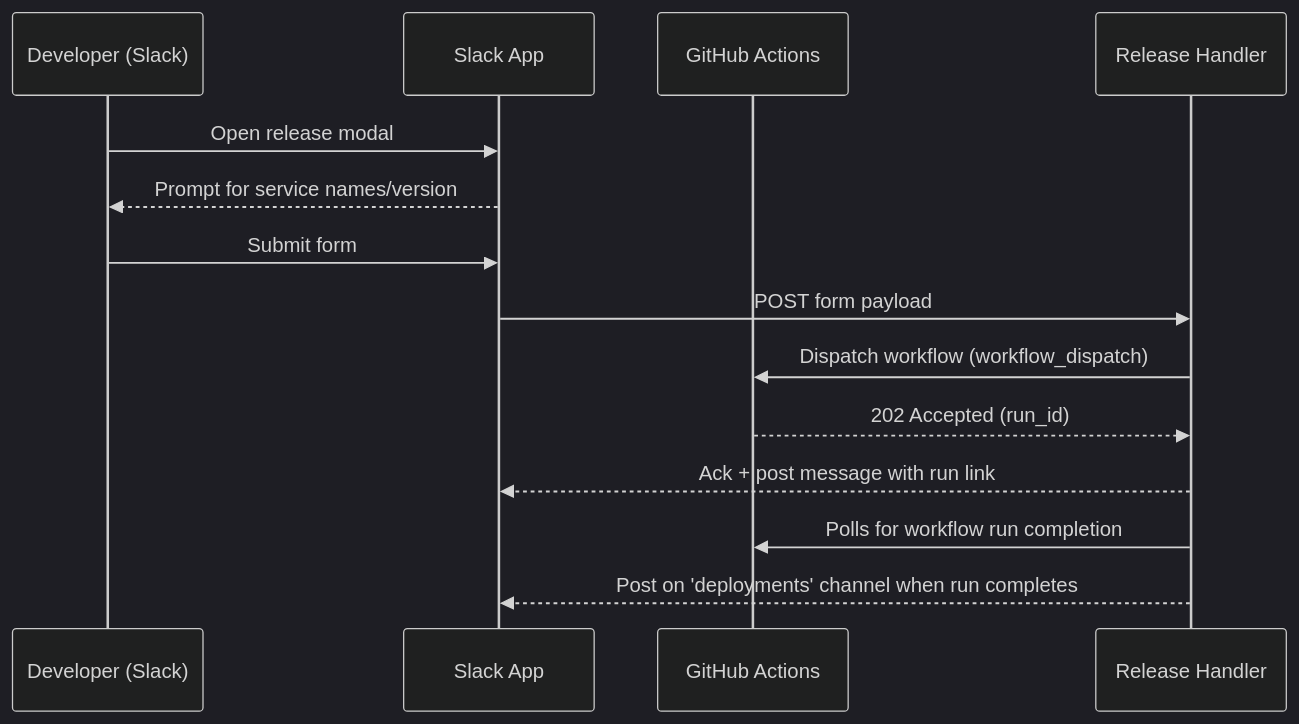
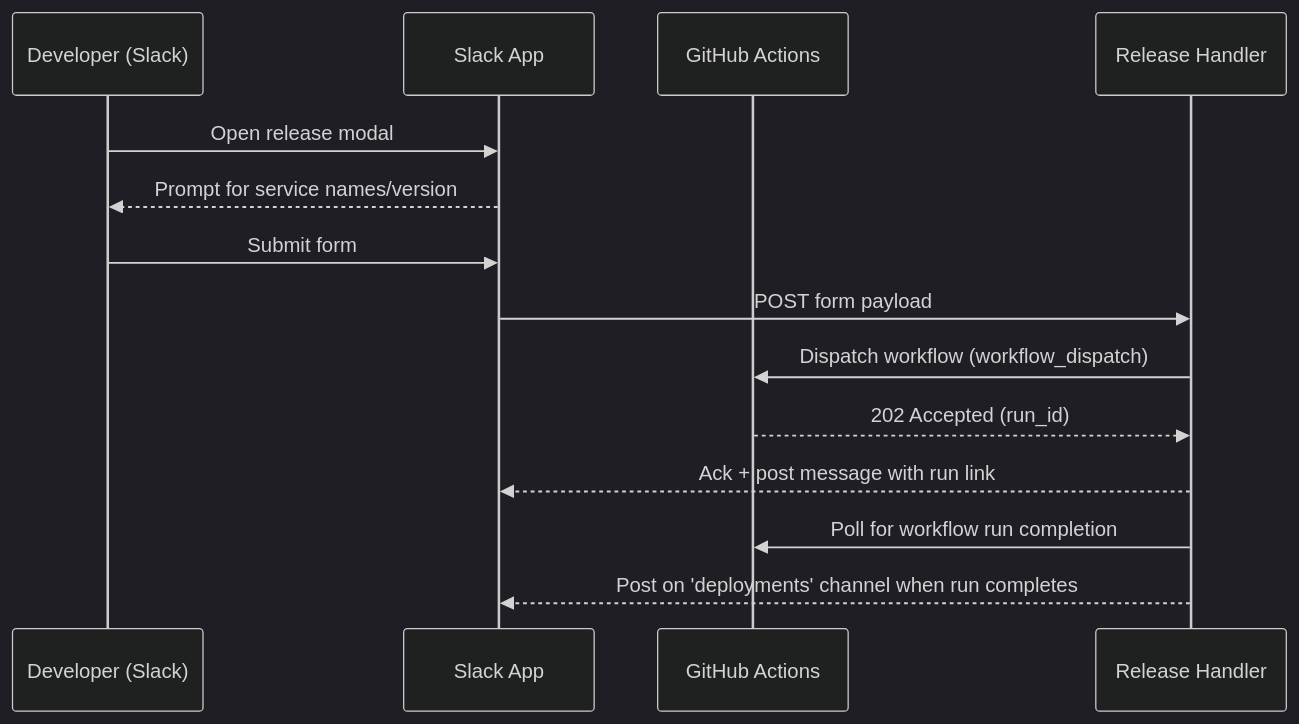
The diagram in docs/docs/deployment/slack-driven-release.md (scottseotech/todo-platform), drawn with Mermaid (dark theme) before and after one commit. The commit also changed 1 other file, not shown here.

Commit message:
fix: updating ADRs

````diff
--- a/docs/docs/deployment/slack-driven-release.md
+++ b/docs/docs/deployment/slack-driven-release.md
@@ -23,17 +23,17 @@
 ```mermaid
 sequenceDiagram
     participant Dev as Developer (Slack)
     participant Bot as Slack App
     participant GH as GitHub Actions
     participant API as Release Handler
 
     Dev->>Bot: Open release modal
     Bot-->>Dev: Prompt for service names/version
     Dev->>Bot: Submit form
     Bot->>API: POST form payload
     API->>GH: Dispatch workflow (workflow_dispatch)
     GH-->>API: 202 Accepted (run_id)
     API-->>Bot: Ack + post message with run link
-    API->>GH: Polls for workflow run completion
+    API->>GH: Poll for workflow run completion
     API-->>Bot: Post on 'deployments' channel when run completes
 ```
````
